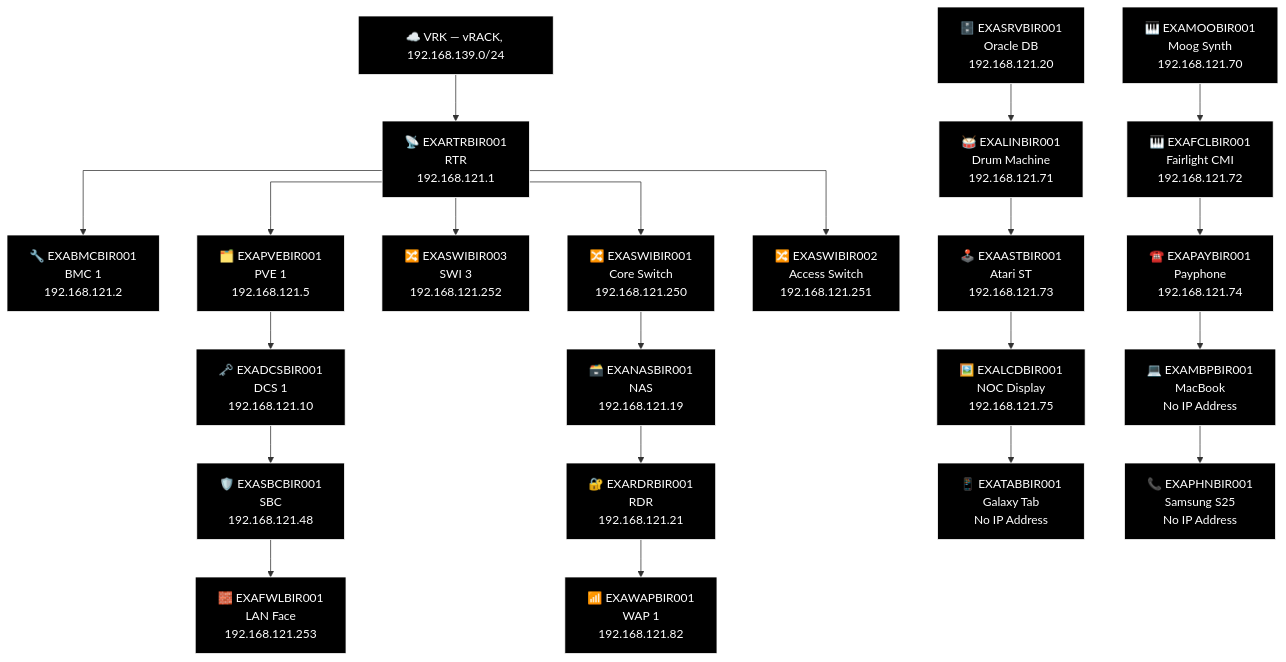
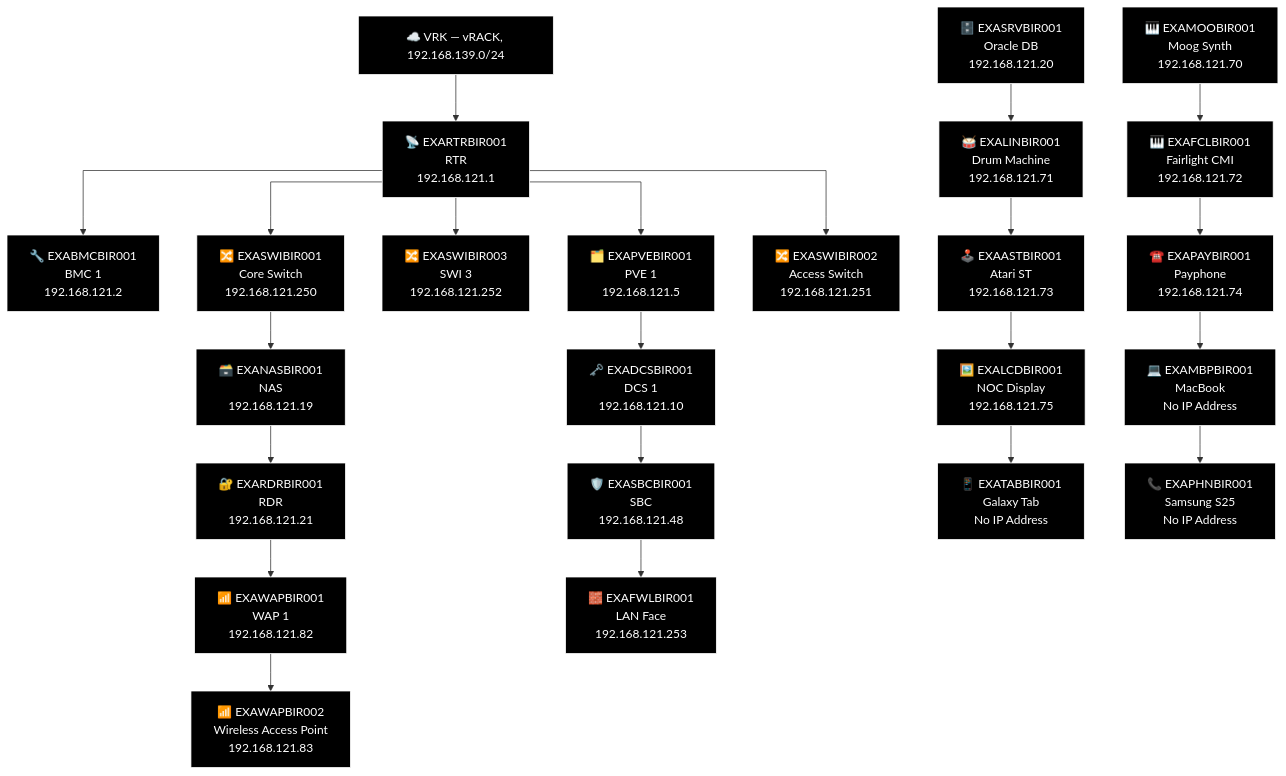
Before and after one commit to knightmare2600/example_music_infra: the sixth of 27 diagrams in docs/network-diagram/england.md, drawn with Mermaid. The commit also changed other lines of this file and 25 other files, not shown here.

````diff
--- a/docs/network-diagram/england.md
+++ b/docs/network-diagram/england.md
@@ -302,62 +302,64 @@
 ```mermaid
 %% GENERATED:TOPOLOGY:BIR:START
 %%{init: {'flowchart': {'curve': 'stepAfter'}}}%%
 graph TD
     T_VRK["☁️ VRK — vRACK, 192.168.139.0/24"]
     T_RTR["📡 EXARTRBIR001<br/>RTR<br/>192.168.121.1"]
     T_VRK --> T_RTR
     T_BMC["🔧 EXABMCBIR001<br/>BMC 1<br/>192.168.121.2"]
     T_RTR --> T_BMC
     T_PVE["🗂️ EXAPVEBIR001<br/>PVE 1<br/>192.168.121.5"]
     T_RTR --> T_PVE
     T_SWI["🔀 EXASWIBIR003<br/>SWI 3<br/>192.168.121.252"]
     T_RTR --> T_SWI
     T_SWI2["🔀 EXASWIBIR001<br/>Core Switch<br/>192.168.121.250"]
     T_RTR --> T_SWI2
     T_SWI3["🔀 EXASWIBIR002<br/>Access Switch<br/>192.168.121.251"]
     T_RTR --> T_SWI3
     T_NAS["🗃️ EXANASBIR001<br/>NAS<br/>192.168.121.19"]
     T_RDR["🔐 EXARDRBIR001<br/>RDR<br/>192.168.121.21"]
     T_WAP["📶 EXAWAPBIR001<br/>WAP 1<br/>192.168.121.82"]
-    T_SWI2 --> T_NAS --> T_RDR --> T_WAP
+    T_WAP2["📶 EXAWAPBIR002<br/>Wireless Access Point<br/>192.168.121.83"]
+    T_SWI2 --> T_NAS --> T_RDR --> T_WAP --> T_WAP2
     T_DCS["🗝️ EXADCSBIR001<br/>DCS 1<br/>192.168.121.10"]
     T_SBC["🛡️ EXASBCBIR001<br/>SBC<br/>192.168.121.48"]
     T_FWL["🧱 EXAFWLBIR001<br/>LAN Face<br/>192.168.121.253"]
     T_PVE --> T_DCS --> T_SBC --> T_FWL
     T_SRV["🗄️ EXASRVBIR001<br/>Oracle DB<br/>192.168.121.20"]
     T_MOO["🎹 EXAMOOBIR001<br/>Moog Synth<br/>192.168.121.70"]
     T_LIN["🥁 EXALINBIR001<br/>Drum Machine<br/>192.168.121.71"]
     T_FCL["🎹 EXAFCLBIR001<br/>Fairlight CMI<br/>192.168.121.72"]
     T_AST["🕹️ EXAASTBIR001<br/>Atari ST<br/>192.168.121.73"]
     T_PAY["☎️ EXAPAYBIR001<br/>Payphone<br/>192.168.121.74"]
     T_LCD["🖼️ EXALCDBIR001<br/>NOC Display<br/>192.168.121.75"]
     T_MBP["💻 EXAMBPBIR001<br/>MacBook<br/>No IP Address"]
     T_TAB["📱 EXATABBIR001<br/>Galaxy Tab<br/>No IP Address"]
     T_PHN["📞 EXAPHNBIR001<br/>Samsung S25<br/>No IP Address"]
     T_SRV --> T_LIN --> T_AST --> T_LCD --> T_TAB
     T_MOO --> T_FCL --> T_PAY --> T_MBP --> T_PHN
     style T_VRK fill:#000000,stroke:#FFFFFF,color:#FFFFFF
     style T_RTR fill:#000000,stroke:#FFFFFF,color:#FFFFFF
     style T_BMC fill:#000000,stroke:#FFFFFF,color:#FFFFFF
     style T_PVE fill:#000000,stroke:#FFFFFF,color:#FFFFFF
     style T_SWI fill:#000000,stroke:#FFFFFF,color:#FFFFFF
     style T_SWI2 fill:#000000,stroke:#FFFFFF,color:#FFFFFF
     style T_SWI3 fill:#000000,stroke:#FFFFFF,color:#FFFFFF
     style T_NAS fill:#000000,stroke:#FFFFFF,color:#FFFFFF
     style T_RDR fill:#000000,stroke:#FFFFFF,color:#FFFFFF
     style T_WAP fill:#000000,stroke:#FFFFFF,color:#FFFFFF
+    style T_WAP2 fill:#000000,stroke:#FFFFFF,color:#FFFFFF
     style T_DCS fill:#000000,stroke:#FFFFFF,color:#FFFFFF
     style T_SBC fill:#000000,stroke:#FFFFFF,color:#FFFFFF
     style T_FWL fill:#000000,stroke:#FFFFFF,color:#FFFFFF
     style T_SRV fill:#000000,stroke:#FFFFFF,color:#FFFFFF
     style T_MOO fill:#000000,stroke:#FFFFFF,color:#FFFFFF
     style T_LIN fill:#000000,stroke:#FFFFFF,color:#FFFFFF
     style T_FCL fill:#000000,stroke:#FFFFFF,color:#FFFFFF
     style T_AST fill:#000000,stroke:#FFFFFF,color:#FFFFFF
     style T_PAY fill:#000000,stroke:#FFFFFF,color:#FFFFFF
     style T_LCD fill:#000000,stroke:#FFFFFF,color:#FFFFFF
     style T_MBP fill:#000000,stroke:#FFFFFF,color:#FFFFFF
     style T_TAB fill:#000000,stroke:#FFFFFF,color:#FFFFFF
     style T_PHN fill:#000000,stroke:#FFFFFF,color:#FFFFFF
 %% GENERATED:TOPOLOGY:BIR:END
 ```
````
